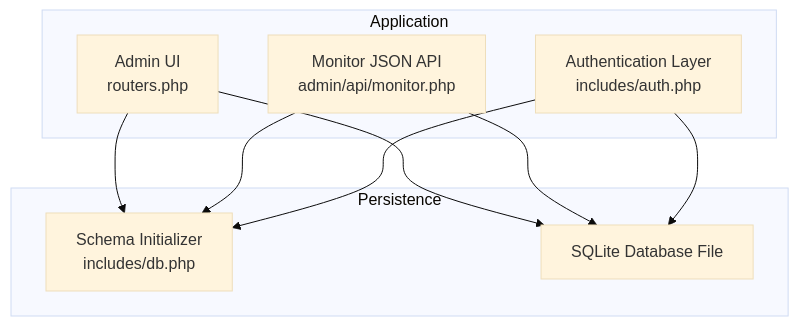
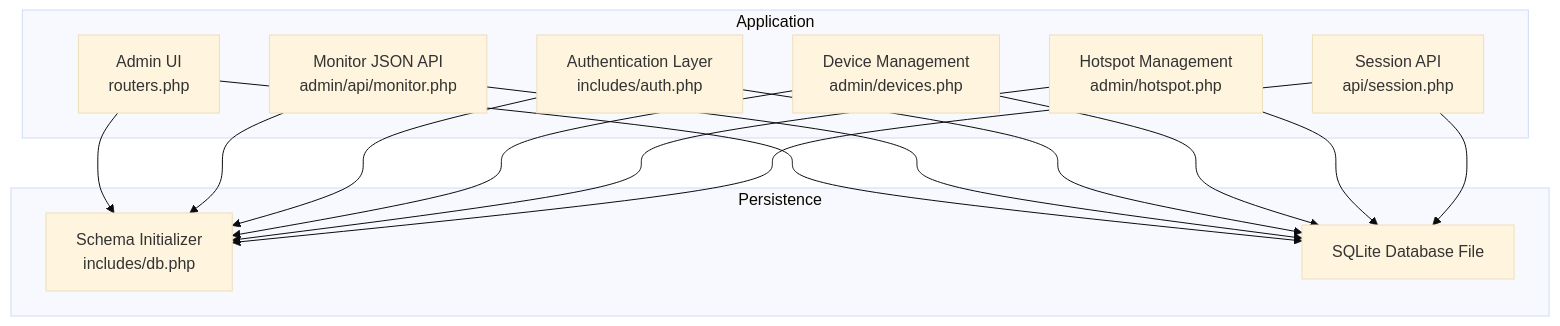
One commit to Djnirds1984/MT-CONTROLLER-PISOWIFI changed the first of 11 diagrams in .qoder/repowiki/en/content/Database Schema & Data Models.md. Above: the diagram before and after it, drawn with Mermaid (base theme). The commit also changed other lines of this file and 14 other files, not shown here.

First line of the commit message:
feat(devices): add device management and voucher audit documentation

````diff
--- a/.qoder/repowiki/en/content/Database Schema & Data Models.md
+++ b/.qoder/repowiki/en/content/Database Schema & Data Models.md
@@ -37,18 +50,27 @@
 ```mermaid
 graph TB
 subgraph "Application"
 AdminUI["Admin UI<br/>routers.php"]
 MonitorAPI["Monitor JSON API<br/>admin/api/monitor.php"]
 AuthLayer["Authentication Layer<br/>includes/auth.php"]
+DeviceManager["Device Management<br/>admin/devices.php"]
+HotspotManager["Hotspot Management<br/>admin/hotspot.php"]
+SessionAPI["Session API<br/>api/session.php"]
 end
 subgraph "Persistence"
 DBInit["Schema Initializer<br/>includes/db.php"]
 SQLite["SQLite Database File"]
 end
 AdminUI --> DBInit
 AdminUI --> SQLite
 MonitorAPI --> DBInit
 MonitorAPI --> SQLite
 AuthLayer --> DBInit
 AuthLayer --> SQLite
+DeviceManager --> DBInit
+DeviceManager --> SQLite
+HotspotManager --> DBInit
+HotspotManager --> SQLite
+SessionAPI --> DBInit
+SessionAPI --> SQLite
 ```
````
